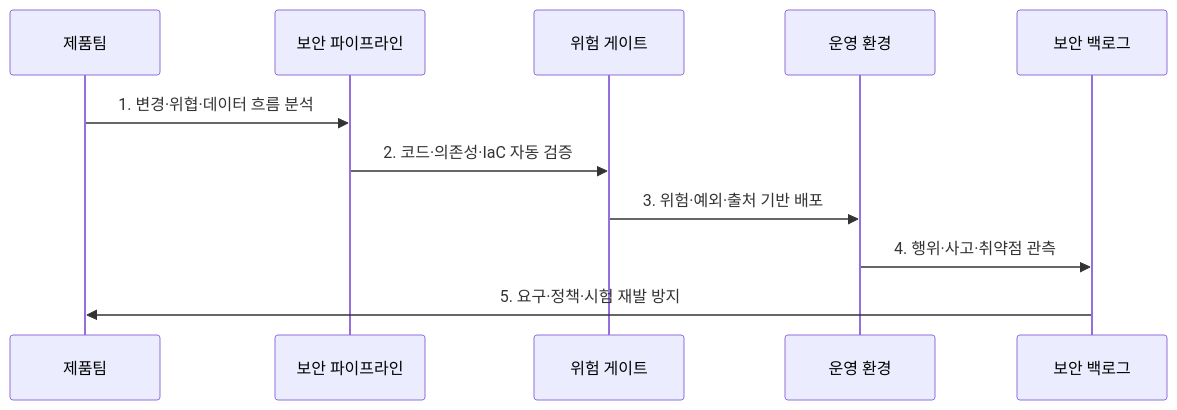
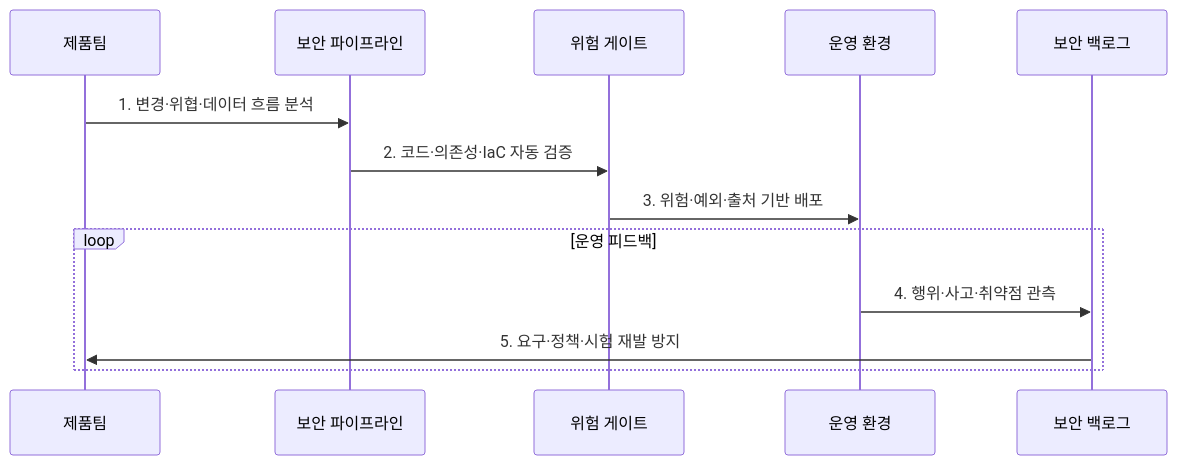
The second of 2 diagrams in src/content/docs/notes/05-security/144_devsecops_shift_left.md (agnusdei1207/knowledge-base), drawn with Mermaid before and after one commit. The commit also changed other lines of this file and 7 other files, not shown here.

````diff
--- a/src/content/docs/notes/05-security/144_devsecops_shift_left.md
+++ b/src/content/docs/notes/05-security/144_devsecops_shift_left.md
@@ -82,13 +83,15 @@
 ```mermaid
 sequenceDiagram
   participant T as 제품팀
   participant P as 보안 파이프라인
   participant G as 위험 게이트
   participant O as 운영 환경
   participant B as 보안 백로그
   T->>P: 1. 변경·위협·데이터 흐름 분석
   P->>G: 2. 코드·의존성·IaC 자동 검증
   G->>O: 3. 위험·예외·출처 기반 배포
-  O->>B: 4. 행위·사고·취약점 관측
-  B->>T: 5. 요구·정책·시험 재발 방지
+  loop 운영 피드백
+    O->>B: 4. 행위·사고·취약점 관측
+    B->>T: 5. 요구·정책·시험 재발 방지
+  end
 ```
````
